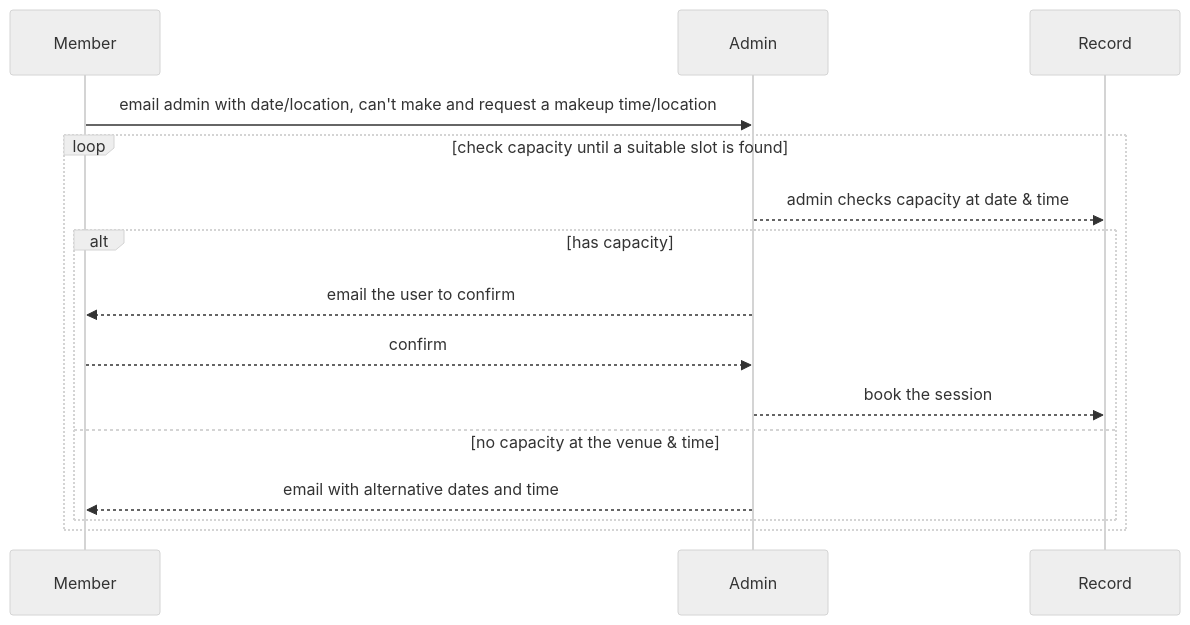
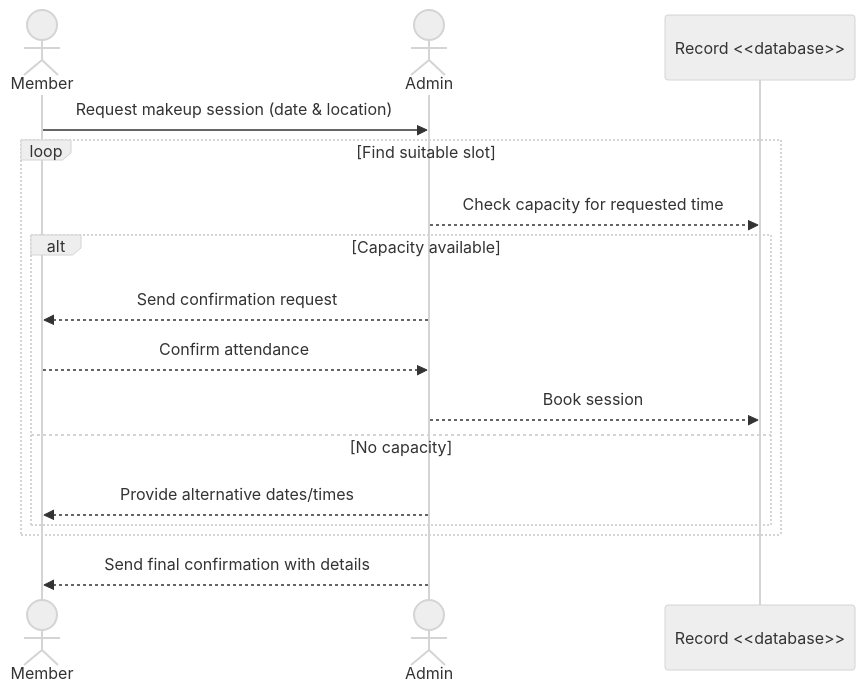
The diagram in docs/current-reschedule.mmd (pbaletkeman/swimlane), drawn with Mermaid (neutral theme) before and after one commit. The commit also changed 1 other file, not shown here.

Commit message:
update current sequence diagrams

```diff
--- a/docs/current-reschedule.mmd
+++ b/docs/current-reschedule.mmd
@@ -1,13 +1,18 @@
 sequenceDiagram
-    Member->>Admin: email admin with date/location, can't make and request a makeup time/location
+    actor Member
+    actor Admin
+    participant Record as Record <<database>>
 
-    loop check capacity until a suitable slot is found
-        Admin-->>Record: admin checks capacity at date & time
-        alt has capacity
-            Admin-->>Member: email the user to confirm
-            Member-->>Admin: confirm
-            Admin-->>Record: book the session
-        else no capacity at the venue & time
-            Admin-->>Member: email with alternative dates and time
+    Member->>Admin: Request makeup session (date & location)
+
+    loop Find suitable slot
+        Admin-->>Record: Check capacity for requested time
+        alt Capacity available
+            Admin-->>Member: Send confirmation request
+            Member-->>Admin: Confirm attendance
+            Admin-->>Record: Book session
+        else No capacity
+            Admin-->>Member: Provide alternative dates/times
         end
     end
+    Admin-->>Member: Send final confirmation with details
```
